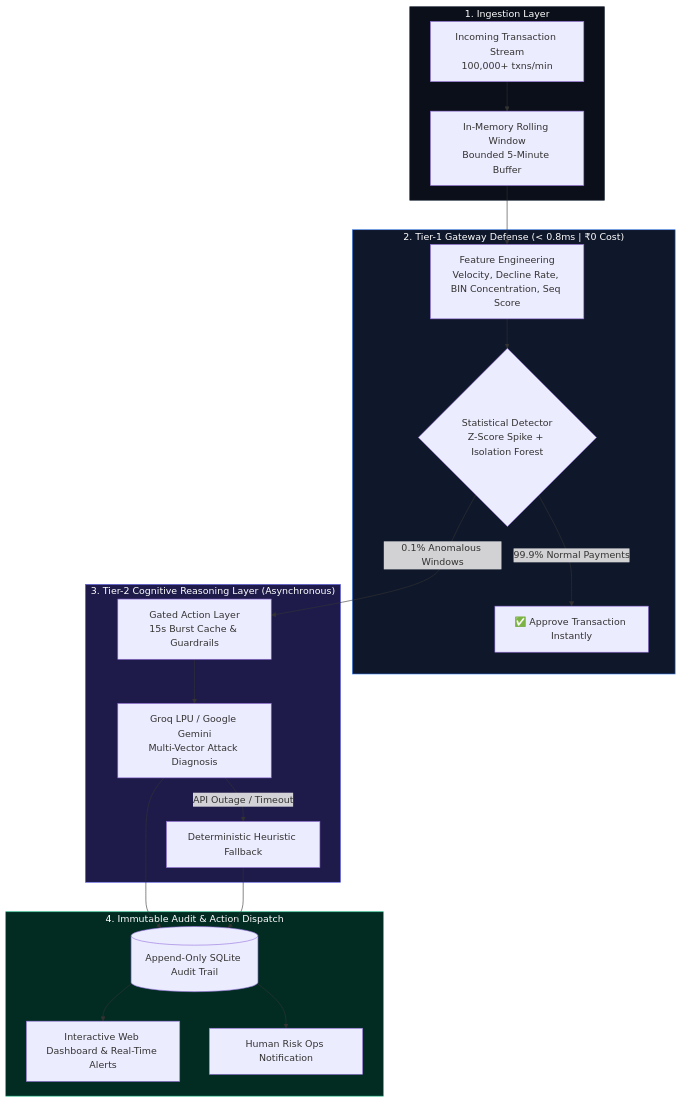
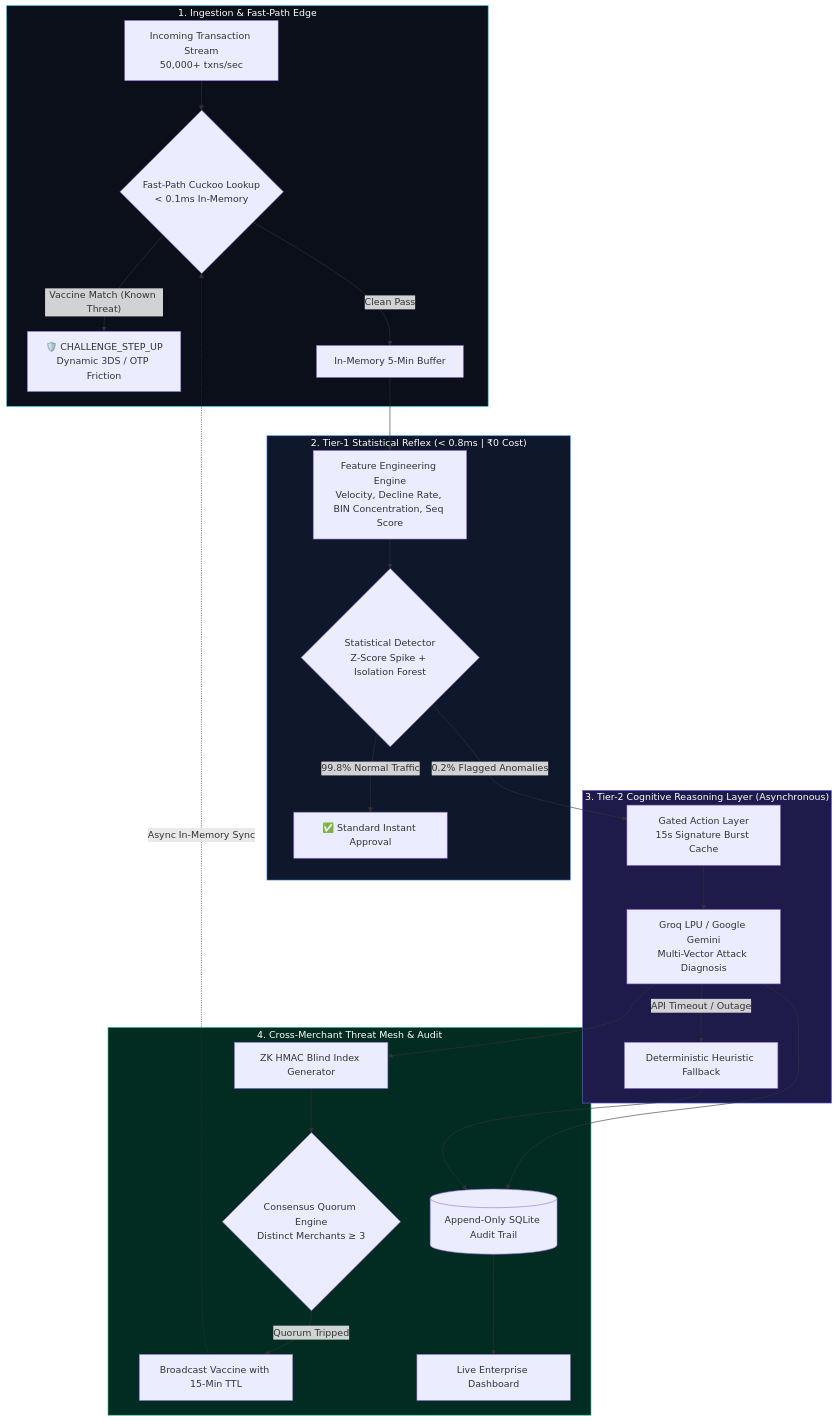
The first of 3 diagrams in README.md (vatsalgargg/Razorpay-Aegis), drawn with Mermaid before and after one commit. The commit also changed other lines of this file, not shown here.

Commit message:
docs: update README with full Three-Tier architecture, Cuckoo Threat Mesh, and enterprise business ROI model

````diff
--- a/README.md
+++ b/README.md
@@ -50,30 +53,35 @@
 ```mermaid
 flowchart TD
-    subgraph INGESTION["1. Ingestion Layer"]
-        TX[Incoming Transaction Stream<br>100,000+ txns/min] --> BUF[In-Memory Rolling Window<br>Bounded 5-Minute Buffer]
+    subgraph INGESTION["1. Ingestion & Fast-Path Edge"]
+        TX[Incoming Transaction Stream<br>50,000+ txns/sec] --> CUCKOO{"Fast-Path Cuckoo Lookup<br>&lt; 0.1ms In-Memory"}
+        CUCKOO -- "Vaccine Match (Known Threat)" --> STEPUP[🛡️ CHALLENGE_STEP_UP<br>Dynamic 3DS / OTP Friction]
+        CUCKOO -- "Clean Pass" --> BUF[In-Memory 5-Min Buffer]
     end
 
-    subgraph TIER1["2. Tier-1 Gateway Defense (< 0.8ms | ₹0 Cost)"]
-        BUF --> STATS[Feature Engineering<br>Velocity, Decline Rate, BIN Concentration, Seq Score]
+    subgraph TIER1["2. Tier-1 Statistical Reflex (< 0.8ms | ₹0 Cost)"]
+        BUF --> STATS[Feature Engineering Engine<br>Velocity, Decline Rate, BIN Concentration, Seq Score]
         STATS --> DETECT{Statistical Detector<br>Z-Score Spike + Isolation Forest}
-        DETECT -- "99.9% Normal Payments" --> APPROVE[✅ Approve Transaction Instantly]
+        DETECT -- "99.8% Normal Traffic" --> APPROVE[✅ Standard Instant Approval]
     end
 
     subgraph TIER2["3. Tier-2 Cognitive Reasoning Layer (Asynchronous)"]
-        DETECT -- "0.1% Anomalous Windows" --> ACTION[Gated Action Layer<br>15s Burst Cache & Guardrails]
+        DETECT -- "0.2% Flagged Anomalies" --> ACTION[Gated Action Layer<br>15s Signature Burst Cache]
         ACTION --> LLM[Groq LPU / Google Gemini<br>Multi-Vector Attack Diagnosis]
-        LLM -- "API Outage / Timeout" --> FALLBACK[Deterministic Heuristic Fallback]
+        LLM -- "API Timeout / Outage" --> FALLBACK[Deterministic Heuristic Fallback]
     end
 
-    subgraph AUDIT["4. Immutable Audit & Action Dispatch"]
+    subgraph MESH["4. Cross-Merchant Threat Mesh & Audit"]
+        LLM --> VACCINE[ZK HMAC Blind Index Generator]
+        VACCINE --> QUORUM{Consensus Quorum Engine<br>Distinct Merchants &ge; 3}
+        QUORUM -- "Quorum Tripped" --> BROADCAST[Broadcast Vaccine with 15-Min TTL]
+        BROADCAST -. Async In-Memory Sync .-> CUCKOO
         LLM --> LOG[(Append-Only SQLite Audit Trail)]
         FALLBACK --> LOG
-        LOG --> DASH[Interactive Web Dashboard & Real-Time Alerts]
-        LOG --> OPS[Human Risk Ops Notification]
+        LOG --> DASH[Live Enterprise Dashboard]
     end
 
-    style INGESTION fill:#0b0f19,stroke:#1f2937,color:#fff
+    style INGESTION fill:#0b0f19,stroke:#06b6d4,color:#fff
     style TIER1 fill:#0f172a,stroke:#3b82f6,color:#fff
     style TIER2 fill:#1e1b4b,stroke:#6366f1,color:#fff
-    style AUDIT fill:#022c22,stroke:#10b981,color:#fff
+    style MESH fill:#022c22,stroke:#10b981,color:#fff
 ```
````
